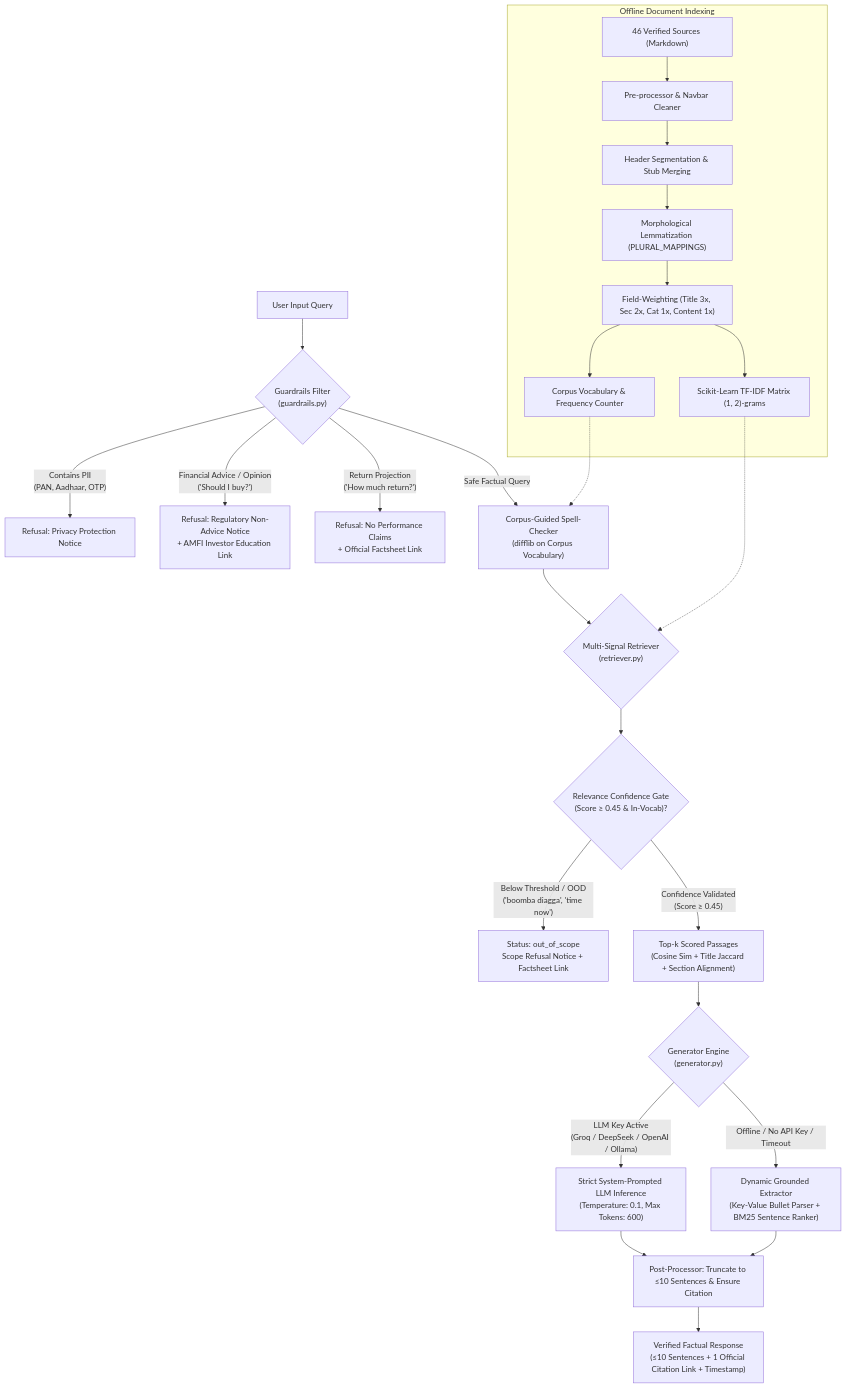
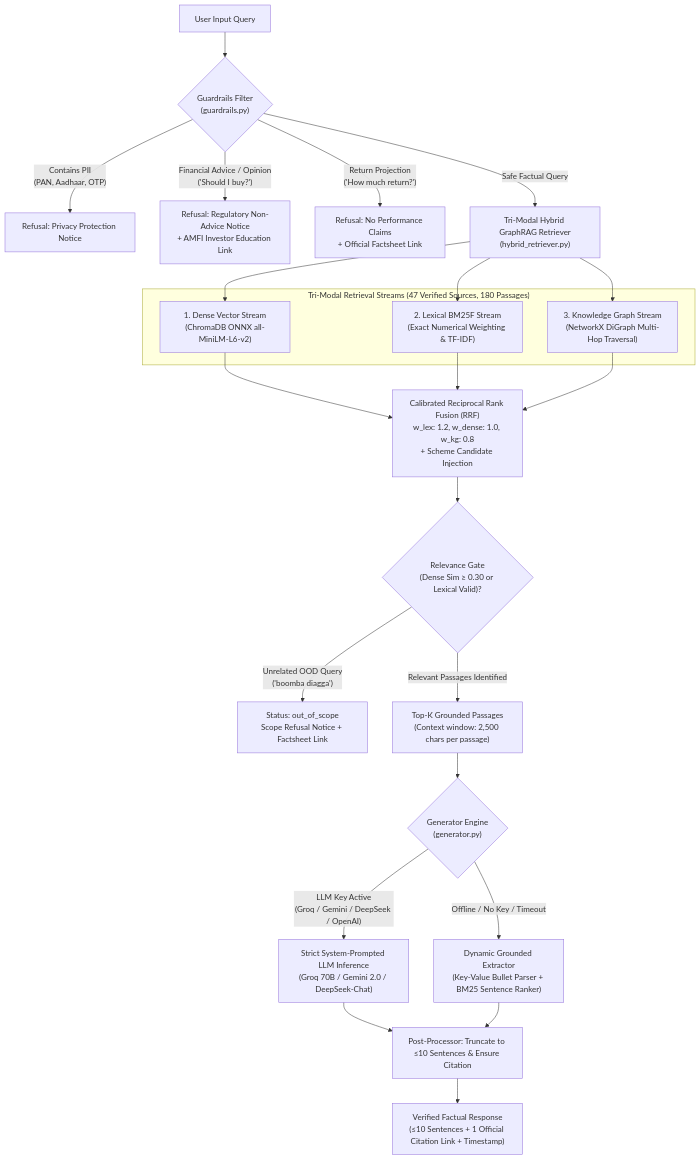
Before and after one commit to chris-joseph/elss_chatbot: the first of 5 diagrams in docs/architecture.md, drawn with Mermaid. The commit also changed other lines of this file and 16 other files, not shown here.

Commit message:
docs: synchronize README, architecture specs, sample QA, and fix overnight cron import

````diff
--- a/docs/architecture.md
+++ b/docs/architecture.md
@@ -38,39 +38,38 @@
 ```mermaid
 flowchart TD
     UserQuery["User Input Query"] --> Guardrails{"Guardrails Filter<br/>(guardrails.py)"}
     
     Guardrails -- "Contains PII<br/>(PAN, Aadhaar, OTP)" --> RefusalPII["Refusal: Privacy Protection Notice"]
     Guardrails -- "Financial Advice / Opinion<br/>('Should I buy?')" --> RefusalAdvice["Refusal: Regulatory Non-Advice Notice<br/>+ AMFI Investor Education Link"]
     Guardrails -- "Return Projection<br/>('How much return?')" --> RefusalPerf["Refusal: No Performance Claims<br/>+ Official Factsheet Link"]
     
-    Guardrails -- "Safe Factual Query" --> Normalizer["Corpus-Guided Spell-Checker<br/>(difflib on Corpus Vocabulary)"]
+    Guardrails -- "Safe Factual Query" --> TriModal["Tri-Modal Hybrid GraphRAG Retriever<br/>(hybrid_retriever.py)"]
     
-    subgraph OfflineCorpusIndex ["Offline Document Indexing"]
-        RawDocs["46 Verified Sources (Markdown)"] --> Cleaner["Pre-processor & Navbar Cleaner"]
-        Cleaner --> Chunker["Header Segmentation & Stub Merging"]
-        Chunker --> Lemmatizer["Morphological Lemmatization (PLURAL_MAPPINGS)"]
-        Lemmatizer --> FieldWeights["Field-Weighting (Title 3x, Sec 2x, Cat 1x, Content 1x)"]
-        FieldWeights --> TFIDFIndex["Scikit-Learn TF-IDF Matrix (1, 2)-grams"]
-        FieldWeights --> VocabIndex["Corpus Vocabulary & Frequency Counter"]
+    subgraph MultiModalStreams ["Tri-Modal Retrieval Streams (47 Verified Sources, 180 Passages)"]
+        DenseStream["1. Dense Vector Stream<br/>(ChromaDB ONNX all-MiniLM-L6-v2)"]
+        LexStream["2. Lexical BM25F Stream<br/>(Exact Numerical Weighting & TF-IDF)"]
+        GraphStream["3. Knowledge Graph Stream<br/>(NetworkX DiGraph Multi-Hop Traversal)"]
     end
+
+    TriModal --> DenseStream
+    TriModal --> LexStream
+    TriModal --> GraphStream
     
-    VocabIndex -.-> Normalizer
+    DenseStream --> RRF["Calibrated Reciprocal Rank Fusion (RRF)<br/>w_lex: 1.2, w_dense: 1.0, w_kg: 0.8<br/>+ Scheme Candidate Injection"]
+    LexStream --> RRF
+    GraphStream --> RRF
     
-    Normalizer --> Retriever{"Multi-Signal Retriever<br/>(retriever.py)"}
-    TFIDFIndex -.-> Retriever
-    
-    Retriever --> ConfidenceGate{"Relevance Confidence Gate<br/>(Score ≥ 0.45 & In-Vocab)?"}
-    
-    ConfidenceGate -- "Below Threshold / OOD<br/>('boomba diagga', 'time now')" --> OutOfScope["Status: out_of_scope<br/>Scope Refusal Notice + Factsheet Link"]
-    ConfidenceGate -- "Confidence Validated<br/>(Score ≥ 0.45)" --> TopK["Top-k Scored Passages<br/>(Cosine Sim + Title Jaccard + Section Alignment)"]
+    RRF --> Gate{"Relevance Gate<br/>(Dense Sim ≥ 0.30 or Lexical Valid)?"}
+    Gate -- "Unrelated OOD Query<br/>('boomba diagga')" --> OutOfScope["Status: out_of_scope<br/>Scope Refusal Notice + Factsheet Link"]
+    Gate -- "Relevant Passages Identified" --> TopK["Top-K Grounded Passages<br/>(Context window: 2,500 chars per passage)"]
     
     TopK --> Generator{"Generator Engine<br/>(generator.py)"}
     
-    Generator -- "LLM Key Active<br/>(Groq / DeepSeek / OpenAI / Ollama)" --> OnlineLLM["Strict System-Prompted LLM Inference<br/>(Temperature: 0.1, Max Tokens: 600)"]
-    Generator -- "Offline / No API Key / Timeout" --> OfflineExtractor["Dynamic Grounded Extractor<br/>(Key-Value Bullet Parser + BM25 Sentence Ranker)"]
+    Generator -- "LLM Key Active<br/>(Groq / Gemini / DeepSeek / OpenAI)" --> OnlineLLM["Strict System-Prompted LLM Inference<br/>(Groq 70B / Gemini 2.0 / DeepSeek-Chat)"]
+    Generator -- "Offline / No Key / Timeout" --> OfflineExtractor["Dynamic Grounded Extractor<br/>(Key-Value Bullet Parser + BM25 Sentence Ranker)"]
     
     OnlineLLM --> PostProc["Post-Processor: Truncate to ≤10 Sentences & Ensure Citation"]
     OfflineExtractor --> PostProc
     
     PostProc --> FinalResponse["Verified Factual Response<br/>(≤10 Sentences + 1 Official Citation Link + Timestamp)"]
 ```
````
